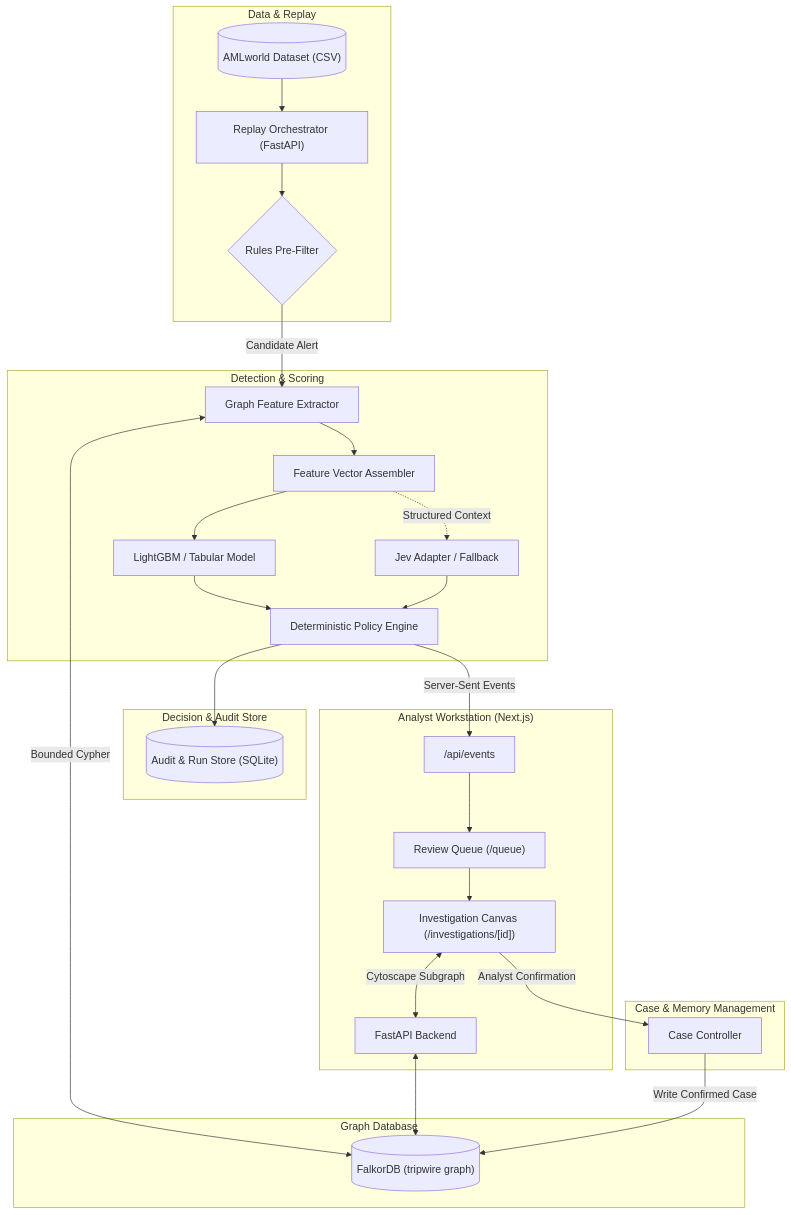
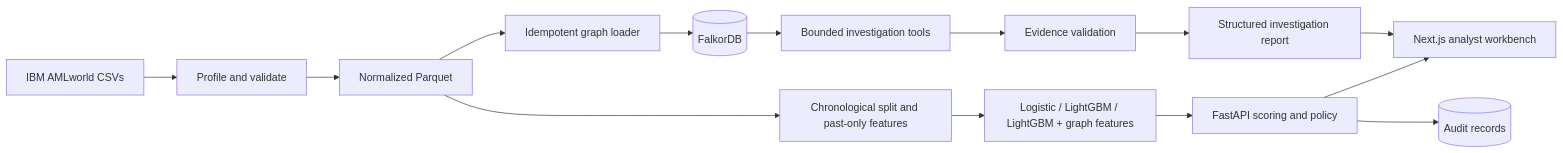
The diagram in docs/architecture.md (Parth06102006/tripwire), drawn with Mermaid before and after one commit. The commit also changed other lines of this file and 55 other files, not shown here.

````diff
--- a/docs/architecture.md
+++ b/docs/architecture.md
@@ -29,38 +25,16 @@
 ```mermaid
-flowchart TD
-    subgraph DataIngestion ["Data & Replay"]
-        Dataset[("AMLworld Dataset (CSV)")] --> ReplayService["Replay Orchestrator (FastAPI)"]
-        ReplayService --> PreFilter{"Rules Pre-Filter"}
-    end
-
-    subgraph GraphStorage ["Graph Database"]
-        FalkorDB[("FalkorDB (tripwire graph)")]
-    end
-
-    subgraph DetectionEngine ["Detection & Scoring"]
-        PreFilter -->|Candidate Alert| GraphService["Graph Feature Extractor"]
-        GraphService <-->|Bounded Cypher| FalkorDB
-        GraphService --> FeatureUnion["Feature Vector Assembler"]
-        FeatureUnion --> TabularModel["LightGBM / Tabular Model"]
-        FeatureUnion -.->|Structured Context| LLMAdapter["Jev Adapter / Fallback"]
-        TabularModel --> PolicyEngine["Deterministic Policy Engine"]
-        LLMAdapter --> PolicyEngine
-    end
-
-    subgraph Persistence ["Decision & Audit Store"]
-        PolicyEngine --> DecisionStore[("Audit & Run Store (SQLite)")]
-    end
-
-    subgraph Presentation ["Analyst Workstation (Next.js)"]
-        PolicyEngine -->|Server-Sent Events| SSEStream["/api/events"]
-        SSEStream --> UIQueue["Review Queue (/queue)"]
-        UIQueue --> UIWorkspace["Investigation Canvas (/investigations/[id])"]
-        UIWorkspace <-->|Cytoscape Subgraph| APIClient["FastAPI Backend"]
-        APIClient <--> FalkorDB
-    end
-
-    subgraph CaseMemory ["Case & Memory Management"]
-        UIWorkspace -->|Analyst Confirmation| CaseReview["Case Controller"]
-        CaseReview -->|Write Confirmed Case| FalkorDB
-    end
+flowchart LR
+    CSV["IBM AMLworld CSVs"] --> Inspect["Profile and validate"]
+    Inspect --> Parquet["Normalized Parquet"]
+    Parquet --> Split["Chronological split and past-only features"]
+    Split --> Models["Logistic / LightGBM / LightGBM + graph features"]
+    Parquet --> Loader["Idempotent graph loader"]
+    Loader --> Graph[("FalkorDB")]
+    Models --> API["FastAPI scoring and policy"]
+    Graph --> Tools["Bounded investigation tools"]
+    API --> UI["Next.js analyst workbench"]
+    Tools --> Verifier["Evidence validation"]
+    Verifier --> Report["Structured investigation report"]
+    Report --> UI
+    API --> Audit[("Audit records")]
 ```
````
